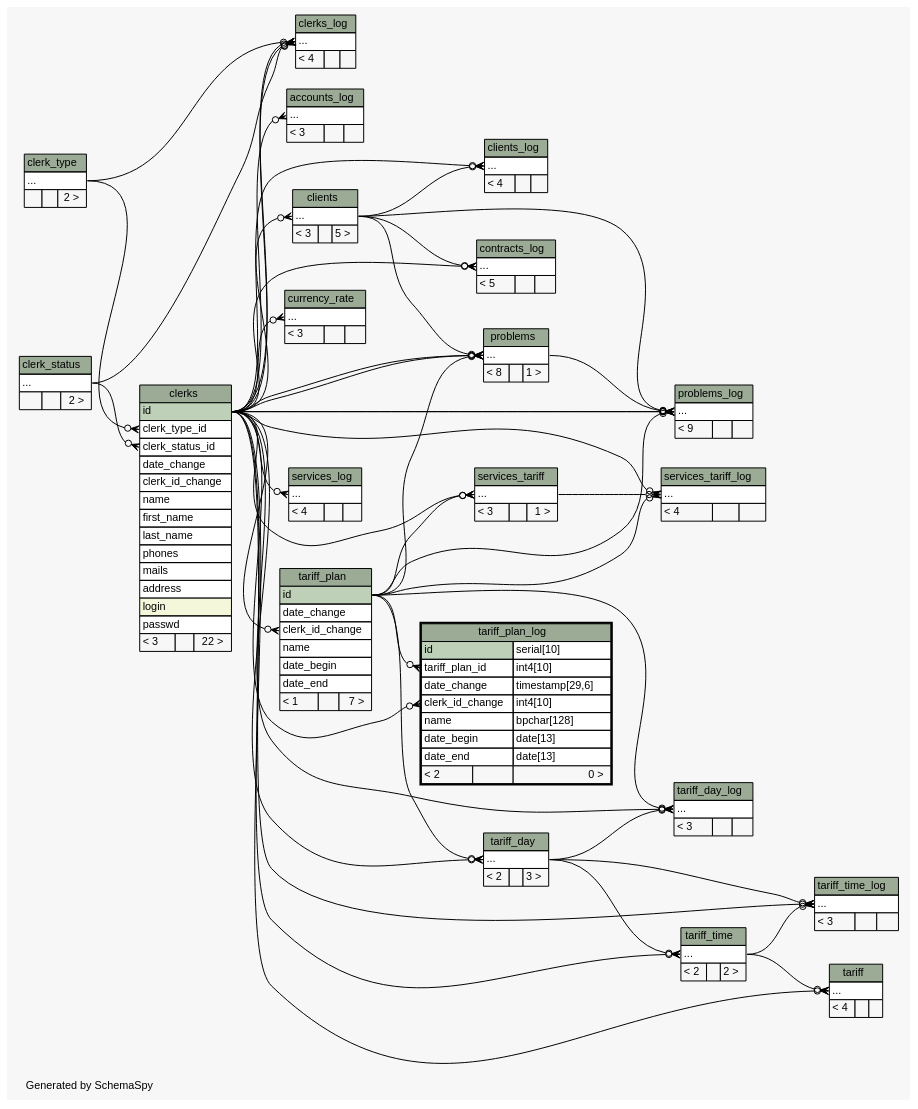
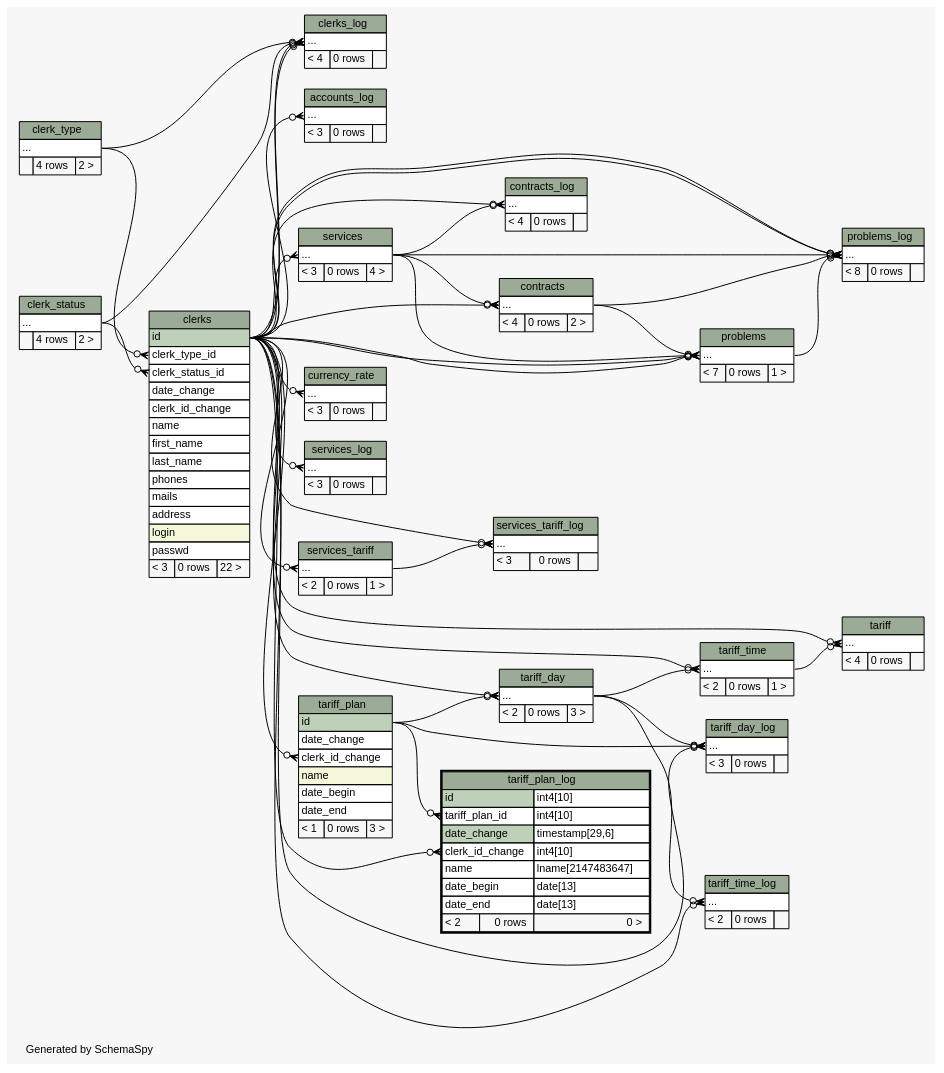
The diagram in db_schema/diagrams/tariff_plan_log.2degrees.dot (okharch/avox), drawn with Graphviz before and after one commit. The commit also changed 391 other files, not shown here.

```diff
--- a/db_schema/diagrams/tariff_plan_log.2degrees.dot
+++ b/db_schema/diagrams/tariff_plan_log.2degrees.dot
@@ -26,27 +26,25 @@
   "clerks_log":"elipses":w -> "clerks":"id":e [arrowhead=none dir=back arrowtail=crowodot];
   "clerks_log":"elipses":w -> "clerk_status":"elipses":e [arrowhead=none dir=back arrowtail=crowodot];
   "clerks_log":"elipses":w -> "clerk_type":"elipses":e [arrowhead=none dir=back arrowtail=crowodot];
-  "clients":"elipses":w -> "clerks":"id":e [arrowhead=none dir=back arrowtail=crowodot];
-  "clients_log":"elipses":w -> "clerks":"id":e [arrowhead=none dir=back arrowtail=crowodot];
-  "clients_log":"elipses":w -> "clients":"elipses":e [arrowhead=none dir=back arrowtail=crowodot];
+  "contracts":"elipses":w -> "clerks":"id":e [arrowhead=none dir=back arrowtail=crowodot];
+  "contracts":"elipses":w -> "services":"elipses":e [arrowhead=none dir=back arrowtail=crowodot];
   "contracts_log":"elipses":w -> "clerks":"id":e [arrowhead=none dir=back arrowtail=crowodot];
-  "contracts_log":"elipses":w -> "clients":"elipses":e [arrowhead=none dir=back arrowtail=crowodot];
+  "contracts_log":"elipses":w -> "services":"elipses":e [arrowhead=none dir=back arrowtail=crowodot];
   "currency_rate":"elipses":w -> "clerks":"id":e [arrowhead=none dir=back arrowtail=crowodot];
   "problems":"elipses":w -> "clerks":"id":e [arrowhead=none dir=back arrowtail=crowodot];
   "problems":"elipses":w -> "clerks":"id":e [arrowhead=none dir=back arrowtail=crowodot];
-  "problems":"elipses":w -> "clients":"elipses":e [arrowhead=none dir=back arrowtail=crowodot];
-  "problems":"elipses":w -> "tariff_plan":"id":e [arrowhead=none dir=back arrowtail=crowodot];
+  "problems":"elipses":w -> "contracts":"elipses":e [arrowhead=none dir=back arrowtail=crowodot];
+  "problems":"elipses":w -> "services":"elipses":e [arrowhead=none dir=back arrowtail=crowodot];
   "problems_log":"elipses":w -> "clerks":"id":e [arrowhead=none dir=back arrowtail=crowodot];
   "problems_log":"elipses":w -> "clerks":"id":e [arrowhead=none dir=back arrowtail=crowodot];
-  "problems_log":"elipses":w -> "clients":"elipses":e [arrowhead=none dir=back arrowtail=crowodot];
+  "problems_log":"elipses":w -> "contracts":"elipses":e [arrowhead=none dir=back arrowtail=crowodot];
   "problems_log":"elipses":w -> "problems":"elipses":e [arrowhead=none dir=back arrowtail=crowodot];
-  "problems_log":"elipses":w -> "tariff_plan":"id":e [arrowhead=none dir=back arrowtail=crowodot];
+  "problems_log":"elipses":w -> "services":"elipses":e [arrowhead=none dir=back arrowtail=crowodot];
+  "services":"elipses":w -> "clerks":"id":e [arrowhead=none dir=back arrowtail=crowodot];
   "services_log":"elipses":w -> "clerks":"id":e [arrowhead=none dir=back arrowtail=crowodot];
   "services_tariff":"elipses":w -> "clerks":"id":e [arrowhead=none dir=back arrowtail=crowodot];
-  "services_tariff":"elipses":w -> "tariff_plan":"id":e [arrowhead=none dir=back arrowtail=crowodot];
   "services_tariff_log":"elipses":w -> "clerks":"id":e [arrowhead=none dir=back arrowtail=crowodot];
   "services_tariff_log":"elipses":w -> "services_tariff":"elipses":e [arrowhead=none dir=back arrowtail=crowodot];
-  "services_tariff_log":"elipses":w -> "tariff_plan":"id":e [arrowhead=none dir=back arrowtail=crowodot];
   "tariff":"elipses":w -> "clerks":"id":e [arrowhead=none dir=back arrowtail=crowodot];
   "tariff":"elipses":w -> "tariff_time":"elipses":e [arrowhead=none dir=back arrowtail=crowodot];
   "tariff_day":"elipses":w -> "clerks":"id":e [arrowhead=none dir=back arrowtail=crowodot];
@@ -61,13 +59,12 @@
   "tariff_time":"elipses":w -> "tariff_day":"elipses":e [arrowhead=none dir=back arrowtail=crowodot];
   "tariff_time_log":"elipses":w -> "clerks":"id":e [arrowhead=none dir=back arrowtail=crowodot];
   "tariff_time_log":"elipses":w -> "tariff_day":"elipses":e [arrowhead=none dir=back arrowtail=crowodot];
-  "tariff_time_log":"elipses":w -> "tariff_time":"elipses":e [arrowhead=none dir=back arrowtail=crowodot];
   "accounts_log" [
     label=<
     <TABLE BORDER="0" CELLBORDER="1" CELLSPACING="0" BGCOLOR="#ffffff">
       <TR><TD COLSPAN="3" BGCOLOR="#9bab96" ALIGN="CENTER">accounts_log</TD></TR>
       <TR><TD PORT="elipses" COLSPAN="3" ALIGN="LEFT">...</TD></TR>
-      <TR><TD ALIGN="LEFT" BGCOLOR="#f7f7f7">&lt; 3</TD><TD ALIGN="RIGHT" BGCOLOR="#f7f7f7">  </TD><TD ALIGN="RIGHT" BGCOLOR="#f7f7f7">  </TD></TR>
+      <TR><TD ALIGN="LEFT" BGCOLOR="#f7f7f7">&lt; 3</TD><TD ALIGN="RIGHT" BGCOLOR="#f7f7f7">0 rows</TD><TD ALIGN="RIGHT" BGCOLOR="#f7f7f7">  </TD></TR>
     </TABLE>>
     URL="accounts_log.html"
     tooltip="accounts_log"
@@ -77,7 +74,7 @@
     <TABLE BORDER="0" CELLBORDER="1" CELLSPACING="0" BGCOLOR="#ffffff">
       <TR><TD COLSPAN="3" BGCOLOR="#9bab96" ALIGN="CENTER">clerk_status</TD></TR>
       <TR><TD PORT="elipses" COLSPAN="3" ALIGN="LEFT">...</TD></TR>
-      <TR><TD ALIGN="LEFT" BGCOLOR="#f7f7f7">  </TD><TD ALIGN="RIGHT" BGCOLOR="#f7f7f7">  </TD><TD ALIGN="RIGHT" BGCOLOR="#f7f7f7">2 &gt;</TD></TR>
+      <TR><TD ALIGN="LEFT" BGCOLOR="#f7f7f7">  </TD><TD ALIGN="RIGHT" BGCOLOR="#f7f7f7">4 rows</TD><TD ALIGN="RIGHT" BGCOLOR="#f7f7f7">2 &gt;</TD></TR>
     </TABLE>>
     URL="clerk_status.html"
     tooltip="clerk_status"
@@ -87,7 +84,7 @@
     <TABLE BORDER="0" CELLBORDER="1" CELLSPACING="0" BGCOLOR="#ffffff">
       <TR><TD COLSPAN="3" BGCOLOR="#9bab96" ALIGN="CENTER">clerk_type</TD></TR>
       <TR><TD PORT="elipses" COLSPAN="3" ALIGN="LEFT">...</TD></TR>
-      <TR><TD ALIGN="LEFT" BGCOLOR="#f7f7f7">  </TD><TD ALIGN="RIGHT" BGCOLOR="#f7f7f7">  </TD><TD ALIGN="RIGHT" BGCOLOR="#f7f7f7">2 &gt;</TD></TR>
+      <TR><TD ALIGN="LEFT" BGCOLOR="#f7f7f7">  </TD><TD ALIGN="RIGHT" BGCOLOR="#f7f7f7">4 rows</TD><TD ALIGN="RIGHT" BGCOLOR="#f7f7f7">2 &gt;</TD></TR>
     </TABLE>>
     URL="clerk_type.html"
     tooltip="clerk_type"
@@ -109,7 +106,7 @@
       <TR><TD PORT="address" COLSPAN="3" ALIGN="LEFT">address</TD></TR>
       <TR><TD PORT="login" COLSPAN="3" BGCOLOR="#f4f7da" ALIGN="LEFT">login</TD></TR>
       <TR><TD PORT="passwd" COLSPAN="3" ALIGN="LEFT">passwd</TD></TR>
-      <TR><TD ALIGN="LEFT" BGCOLOR="#f7f7f7">&lt; 3</TD><TD ALIGN="RIGHT" BGCOLOR="#f7f7f7">  </TD><TD ALIGN="RIGHT" BGCOLOR="#f7f7f7">22 &gt;</TD></TR>
+      <TR><TD ALIGN="LEFT" BGCOLOR="#f7f7f7">&lt; 3</TD><TD ALIGN="RIGHT" BGCOLOR="#f7f7f7">0 rows</TD><TD ALIGN="RIGHT" BGCOLOR="#f7f7f7">22 &gt;</TD></TR>
     </TABLE>>
     URL="clerks.html"
     tooltip="clerks"
@@ -119,37 +116,27 @@
     <TABLE BORDER="0" CELLBORDER="1" CELLSPACING="0" BGCOLOR="#ffffff">
       <TR><TD COLSPAN="3" BGCOLOR="#9bab96" ALIGN="CENTER">clerks_log</TD></TR>
       <TR><TD PORT="elipses" COLSPAN="3" ALIGN="LEFT">...</TD></TR>
-      <TR><TD ALIGN="LEFT" BGCOLOR="#f7f7f7">&lt; 4</TD><TD ALIGN="RIGHT" BGCOLOR="#f7f7f7">  </TD><TD ALIGN="RIGHT" BGCOLOR="#f7f7f7">  </TD></TR>
+      <TR><TD ALIGN="LEFT" BGCOLOR="#f7f7f7">&lt; 4</TD><TD ALIGN="RIGHT" BGCOLOR="#f7f7f7">0 rows</TD><TD ALIGN="RIGHT" BGCOLOR="#f7f7f7">  </TD></TR>
     </TABLE>>
     URL="clerks_log.html"
     tooltip="clerks_log"
   ];
-  "clients" [
+  "contracts" [
     label=<
     <TABLE BORDER="0" CELLBORDER="1" CELLSPACING="0" BGCOLOR="#ffffff">
-      <TR><TD COLSPAN="3" BGCOLOR="#9bab96" ALIGN="CENTER">clients</TD></TR>
+      <TR><TD COLSPAN="3" BGCOLOR="#9bab96" ALIGN="CENTER">contracts</TD></TR>
       <TR><TD PORT="elipses" COLSPAN="3" ALIGN="LEFT">...</TD></TR>
-      <TR><TD ALIGN="LEFT" BGCOLOR="#f7f7f7">&lt; 3</TD><TD ALIGN="RIGHT" BGCOLOR="#f7f7f7">  </TD><TD ALIGN="RIGHT" BGCOLOR="#f7f7f7">5 &gt;</TD></TR>
+      <TR><TD ALIGN="LEFT" BGCOLOR="#f7f7f7">&lt; 4</TD><TD ALIGN="RIGHT" BGCOLOR="#f7f7f7">0 rows</TD><TD ALIGN="RIGHT" BGCOLOR="#f7f7f7">2 &gt;</TD></TR>
     </TABLE>>
-    URL="clients.html"
-    tooltip="clients"
-  ];
-  "clients_log" [
-    label=<
-    <TABLE BORDER="0" CELLBORDER="1" CELLSPACING="0" BGCOLOR="#ffffff">
-      <TR><TD COLSPAN="3" BGCOLOR="#9bab96" ALIGN="CENTER">clients_log</TD></TR>
-      <TR><TD PORT="elipses" COLSPAN="3" ALIGN="LEFT">...</TD></TR>
-      <TR><TD ALIGN="LEFT" BGCOLOR="#f7f7f7">&lt; 4</TD><TD ALIGN="RIGHT" BGCOLOR="#f7f7f7">  </TD><TD ALIGN="RIGHT" BGCOLOR="#f7f7f7">  </TD></TR>
-    </TABLE>>
-    URL="clients_log.html"
-    tooltip="clients_log"
+    URL="contracts.html"
+    tooltip="contracts"
   ];
   "contracts_log" [
     label=<
     <TABLE BORDER="0" CELLBORDER="1" CELLSPACING="0" BGCOLOR="#ffffff">
       <TR><TD COLSPAN="3" BGCOLOR="#9bab96" ALIGN="CENTER">contracts_log</TD></TR>
       <TR><TD PORT="elipses" COLSPAN="3" ALIGN="LEFT">...</TD></TR>
-      <TR><TD ALIGN="LEFT" BGCOLOR="#f7f7f7">&lt; 5</TD><TD ALIGN="RIGHT" BGCOLOR="#f7f7f7">  </TD><TD ALIGN="RIGHT" BGCOLOR="#f7f7f7">  </TD></TR>
+      <TR><TD ALIGN="LEFT" BGCOLOR="#f7f7f7">&lt; 4</TD><TD ALIGN="RIGHT" BGCOLOR="#f7f7f7">0 rows</TD><TD ALIGN="RIGHT" BGCOLOR="#f7f7f7">  </TD></TR>
     </TABLE>>
     URL="contracts_log.html"
     tooltip="contracts_log"
@@ -159,7 +146,7 @@
     <TABLE BORDER="0" CELLBORDER="1" CELLSPACING="0" BGCOLOR="#ffffff">
       <TR><TD COLSPAN="3" BGCOLOR="#9bab96" ALIGN="CENTER">currency_rate</TD></TR>
       <TR><TD PORT="elipses" COLSPAN="3" ALIGN="LEFT">...</TD></TR>
-      <TR><TD ALIGN="LEFT" BGCOLOR="#f7f7f7">&lt; 3</TD><TD ALIGN="RIGHT" BGCOLOR="#f7f7f7">  </TD><TD ALIGN="RIGHT" BGCOLOR="#f7f7f7">  </TD></TR>
+      <TR><TD ALIGN="LEFT" BGCOLOR="#f7f7f7">&lt; 3</TD><TD ALIGN="RIGHT" BGCOLOR="#f7f7f7">0 rows</TD><TD ALIGN="RIGHT" BGCOLOR="#f7f7f7">  </TD></TR>
     </TABLE>>
     URL="currency_rate.html"
     tooltip="currency_rate"
@@ -169,7 +156,7 @@
     <TABLE BORDER="0" CELLBORDER="1" CELLSPACING="0" BGCOLOR="#ffffff">
       <TR><TD COLSPAN="3" BGCOLOR="#9bab96" ALIGN="CENTER">problems</TD></TR>
       <TR><TD PORT="elipses" COLSPAN="3" ALIGN="LEFT">...</TD></TR>
-      <TR><TD ALIGN="LEFT" BGCOLOR="#f7f7f7">&lt; 8</TD><TD ALIGN="RIGHT" BGCOLOR="#f7f7f7">  </TD><TD ALIGN="RIGHT" BGCOLOR="#f7f7f7">1 &gt;</TD></TR>
+      <TR><TD ALIGN="LEFT" BGCOLOR="#f7f7f7">&lt; 7</TD><TD ALIGN="RIGHT" BGCOLOR="#f7f7f7">0 rows</TD><TD ALIGN="RIGHT" BGCOLOR="#f7f7f7">1 &gt;</TD></TR>
     </TABLE>>
     URL="problems.html"
     tooltip="problems"
@@ -179,17 +166,27 @@
     <TABLE BORDER="0" CELLBORDER="1" CELLSPACING="0" BGCOLOR="#ffffff">
       <TR><TD COLSPAN="3" BGCOLOR="#9bab96" ALIGN="CENTER">problems_log</TD></TR>
       <TR><TD PORT="elipses" COLSPAN="3" ALIGN="LEFT">...</TD></TR>
-      <TR><TD ALIGN="LEFT" BGCOLOR="#f7f7f7">&lt; 9</TD><TD ALIGN="RIGHT" BGCOLOR="#f7f7f7">  </TD><TD ALIGN="RIGHT" BGCOLOR="#f7f7f7">  </TD></TR>
+      <TR><TD ALIGN="LEFT" BGCOLOR="#f7f7f7">&lt; 8</TD><TD ALIGN="RIGHT" BGCOLOR="#f7f7f7">0 rows</TD><TD ALIGN="RIGHT" BGCOLOR="#f7f7f7">  </TD></TR>
     </TABLE>>
     URL="problems_log.html"
     tooltip="problems_log"
+  ];
+  "services" [
+    label=<
+    <TABLE BORDER="0" CELLBORDER="1" CELLSPACING="0" BGCOLOR="#ffffff">
+      <TR><TD COLSPAN="3" BGCOLOR="#9bab96" ALIGN="CENTER">services</TD></TR>
+      <TR><TD PORT="elipses" COLSPAN="3" ALIGN="LEFT">...</TD></TR>
+      <TR><TD ALIGN="LEFT" BGCOLOR="#f7f7f7">&lt; 3</TD><TD ALIGN="RIGHT" BGCOLOR="#f7f7f7">0 rows</TD><TD ALIGN="RIGHT" BGCOLOR="#f7f7f7">4 &gt;</TD></TR>
+    </TABLE>>
+    URL="services.html"
+    tooltip="services"
   ];
   "services_log" [
     label=<
     <TABLE BORDER="0" CELLBORDER="1" CELLSPACING="0" BGCOLOR="#ffffff">
       <TR><TD COLSPAN="3" BGCOLOR="#9bab96" ALIGN="CENTER">services_log</TD></TR>
       <TR><TD PORT="elipses" COLSPAN="3" ALIGN="LEFT">...</TD></TR>
-      <TR><TD ALIGN="LEFT" BGCOLOR="#f7f7f7">&lt; 4</TD><TD ALIGN="RIGHT" BGCOLOR="#f7f7f7">  </TD><TD ALIGN="RIGHT" BGCOLOR="#f7f7f7">  </TD></TR>
+      <TR><TD ALIGN="LEFT" BGCOLOR="#f7f7f7">&lt; 3</TD><TD ALIGN="RIGHT" BGCOLOR="#f7f7f7">0 rows</TD><TD ALIGN="RIGHT" BGCOLOR="#f7f7f7">  </TD></TR>
     </TABLE>>
     URL="services_log.html"
     tooltip="services_log"
@@ -199,7 +196,7 @@
     <TABLE BORDER="0" CELLBORDER="1" CELLSPACING="0" BGCOLOR="#ffffff">
       <TR><TD COLSPAN="3" BGCOLOR="#9bab96" ALIGN="CENTER">services_tariff</TD></TR>
       <TR><TD PORT="elipses" COLSPAN="3" ALIGN="LEFT">...</TD></TR>
-      <TR><TD ALIGN="LEFT" BGCOLOR="#f7f7f7">&lt; 3</TD><TD ALIGN="RIGHT" BGCOLOR="#f7f7f7">  </TD><TD ALIGN="RIGHT" BGCOLOR="#f7f7f7">1 &gt;</TD></TR>
+      <TR><TD ALIGN="LEFT" BGCOLOR="#f7f7f7">&lt; 2</TD><TD ALIGN="RIGHT" BGCOLOR="#f7f7f7">0 rows</TD><TD ALIGN="RIGHT" BGCOLOR="#f7f7f7">1 &gt;</TD></TR>
     </TABLE>>
     URL="services_tariff.html"
     tooltip="services_tariff"
@@ -209,7 +206,7 @@
     <TABLE BORDER="0" CELLBORDER="1" CELLSPACING="0" BGCOLOR="#ffffff">
       <TR><TD COLSPAN="3" BGCOLOR="#9bab96" ALIGN="CENTER">services_tariff_log</TD></TR>
       <TR><TD PORT="elipses" COLSPAN="3" ALIGN="LEFT">...</TD></TR>
-      <TR><TD ALIGN="LEFT" BGCOLOR="#f7f7f7">&lt; 4</TD><TD ALIGN="RIGHT" BGCOLOR="#f7f7f7">  </TD><TD ALIGN="RIGHT" BGCOLOR="#f7f7f7">  </TD></TR>
+      <TR><TD ALIGN="LEFT" BGCOLOR="#f7f7f7">&lt; 3</TD><TD ALIGN="RIGHT" BGCOLOR="#f7f7f7">0 rows</TD><TD ALIGN="RIGHT" BGCOLOR="#f7f7f7">  </TD></TR>
     </TABLE>>
     URL="services_tariff_log.html"
     tooltip="services_tariff_log"
@@ -219,7 +216,7 @@
     <TABLE BORDER="0" CELLBORDER="1" CELLSPACING="0" BGCOLOR="#ffffff">
       <TR><TD COLSPAN="3" BGCOLOR="#9bab96" ALIGN="CENTER">tariff</TD></TR>
       <TR><TD PORT="elipses" COLSPAN="3" ALIGN="LEFT">...</TD></TR>
-      <TR><TD ALIGN="LEFT" BGCOLOR="#f7f7f7">&lt; 4</TD><TD ALIGN="RIGHT" BGCOLOR="#f7f7f7">  </TD><TD ALIGN="RIGHT" BGCOLOR="#f7f7f7">  </TD></TR>
+      <TR><TD ALIGN="LEFT" BGCOLOR="#f7f7f7">&lt; 4</TD><TD ALIGN="RIGHT" BGCOLOR="#f7f7f7">0 rows</TD><TD ALIGN="RIGHT" BGCOLOR="#f7f7f7">  </TD></TR>
     </TABLE>>
     URL="tariff.html"
     tooltip="tariff"
@@ -229,7 +226,7 @@
     <TABLE BORDER="0" CELLBORDER="1" CELLSPACING="0" BGCOLOR="#ffffff">
       <TR><TD COLSPAN="3" BGCOLOR="#9bab96" ALIGN="CENTER">tariff_day</TD></TR>
       <TR><TD PORT="elipses" COLSPAN="3" ALIGN="LEFT">...</TD></TR>
-      <TR><TD ALIGN="LEFT" BGCOLOR="#f7f7f7">&lt; 2</TD><TD ALIGN="RIGHT" BGCOLOR="#f7f7f7">  </TD><TD ALIGN="RIGHT" BGCOLOR="#f7f7f7">3 &gt;</TD></TR>
+      <TR><TD ALIGN="LEFT" BGCOLOR="#f7f7f7">&lt; 2</TD><TD ALIGN="RIGHT" BGCOLOR="#f7f7f7">0 rows</TD><TD ALIGN="RIGHT" BGCOLOR="#f7f7f7">3 &gt;</TD></TR>
     </TABLE>>
     URL="tariff_day.html"
     tooltip="tariff_day"
@@ -239,7 +236,7 @@
     <TABLE BORDER="0" CELLBORDER="1" CELLSPACING="0" BGCOLOR="#ffffff">
       <TR><TD COLSPAN="3" BGCOLOR="#9bab96" ALIGN="CENTER">tariff_day_log</TD></TR>
       <TR><TD PORT="elipses" COLSPAN="3" ALIGN="LEFT">...</TD></TR>
-      <TR><TD ALIGN="LEFT" BGCOLOR="#f7f7f7">&lt; 3</TD><TD ALIGN="RIGHT" BGCOLOR="#f7f7f7">  </TD><TD ALIGN="RIGHT" BGCOLOR="#f7f7f7">  </TD></TR>
+      <TR><TD ALIGN="LEFT" BGCOLOR="#f7f7f7">&lt; 3</TD><TD ALIGN="RIGHT" BGCOLOR="#f7f7f7">0 rows</TD><TD ALIGN="RIGHT" BGCOLOR="#f7f7f7">  </TD></TR>
     </TABLE>>
     URL="tariff_day_log.html"
     tooltip="tariff_day_log"
@@ -251,10 +248,10 @@
       <TR><TD PORT="id" COLSPAN="3" BGCOLOR="#bed1b8" ALIGN="LEFT">id</TD></TR>
       <TR><TD PORT="date_change" COLSPAN="3" ALIGN="LEFT">date_change</TD></TR>
       <TR><TD PORT="clerk_id_change" COLSPAN="3" ALIGN="LEFT">clerk_id_change</TD></TR>
-      <TR><TD PORT="name" COLSPAN="3" ALIGN="LEFT">name</TD></TR>
+      <TR><TD PORT="name" COLSPAN="3" BGCOLOR="#f4f7da" ALIGN="LEFT">name</TD></TR>
       <TR><TD PORT="date_begin" COLSPAN="3" ALIGN="LEFT">date_begin</TD></TR>
       <TR><TD PORT="date_end" COLSPAN="3" ALIGN="LEFT">date_end</TD></TR>
-      <TR><TD ALIGN="LEFT" BGCOLOR="#f7f7f7">&lt; 1</TD><TD ALIGN="RIGHT" BGCOLOR="#f7f7f7">  </TD><TD ALIGN="RIGHT" BGCOLOR="#f7f7f7">7 &gt;</TD></TR>
+      <TR><TD ALIGN="LEFT" BGCOLOR="#f7f7f7">&lt; 1</TD><TD ALIGN="RIGHT" BGCOLOR="#f7f7f7">0 rows</TD><TD ALIGN="RIGHT" BGCOLOR="#f7f7f7">3 &gt;</TD></TR>
     </TABLE>>
     URL="tariff_plan.html"
     tooltip="tariff_plan"
@@ -263,14 +260,14 @@
     label=<
     <TABLE BORDER="2" CELLBORDER="1" CELLSPACING="0" BGCOLOR="#ffffff">
       <TR><TD COLSPAN="3" BGCOLOR="#9bab96" ALIGN="CENTER">tariff_plan_log</TD></TR>
-      <TR><TD PORT="id" COLSPAN="2" BGCOLOR="#bed1b8" ALIGN="LEFT">id</TD><TD PORT="id.type" ALIGN="LEFT">serial[10]</TD></TR>
+      <TR><TD PORT="id" COLSPAN="2" BGCOLOR="#bed1b8" ALIGN="LEFT">id</TD><TD PORT="id.type" ALIGN="LEFT">int4[10]</TD></TR>
       <TR><TD PORT="tariff_plan_id" COLSPAN="2" ALIGN="LEFT">tariff_plan_id</TD><TD PORT="tariff_plan_id.type" ALIGN="LEFT">int4[10]</TD></TR>
-      <TR><TD PORT="date_change" COLSPAN="2" ALIGN="LEFT">date_change</TD><TD PORT="date_change.type" ALIGN="LEFT">timestamp[29,6]</TD></TR>
+      <TR><TD PORT="date_change" COLSPAN="2" BGCOLOR="#bed1b8" ALIGN="LEFT">date_change</TD><TD PORT="date_change.type" ALIGN="LEFT">timestamp[29,6]</TD></TR>
       <TR><TD PORT="clerk_id_change" COLSPAN="2" ALIGN="LEFT">clerk_id_change</TD><TD PORT="clerk_id_change.type" ALIGN="LEFT">int4[10]</TD></TR>
-      <TR><TD PORT="name" COLSPAN="2" ALIGN="LEFT">name</TD><TD PORT="name.type" ALIGN="LEFT">bpchar[128]</TD></TR>
+      <TR><TD PORT="name" COLSPAN="2" ALIGN="LEFT">name</TD><TD PORT="name.type" ALIGN="LEFT">lname[2147483647]</TD></TR>
       <TR><TD PORT="date_begin" COLSPAN="2" ALIGN="LEFT">date_begin</TD><TD PORT="date_begin.type" ALIGN="LEFT">date[13]</TD></TR>
       <TR><TD PORT="date_end" COLSPAN="2" ALIGN="LEFT">date_end</TD><TD PORT="date_end.type" ALIGN="LEFT">date[13]</TD></TR>
-      <TR><TD ALIGN="LEFT" BGCOLOR="#f7f7f7">&lt; 2</TD><TD ALIGN="RIGHT" BGCOLOR="#f7f7f7">  </TD><TD ALIGN="RIGHT" BGCOLOR="#f7f7f7">0 &gt;</TD></TR>
+      <TR><TD ALIGN="LEFT" BGCOLOR="#f7f7f7">&lt; 2</TD><TD ALIGN="RIGHT" BGCOLOR="#f7f7f7">0 rows</TD><TD ALIGN="RIGHT" BGCOLOR="#f7f7f7">0 &gt;</TD></TR>
     </TABLE>>
     URL="tariff_plan_log.html"
     tooltip="tariff_plan_log"
@@ -280,7 +277,7 @@
     <TABLE BORDER="0" CELLBORDER="1" CELLSPACING="0" BGCOLOR="#ffffff">
       <TR><TD COLSPAN="3" BGCOLOR="#9bab96" ALIGN="CENTER">tariff_time</TD></TR>
       <TR><TD PORT="elipses" COLSPAN="3" ALIGN="LEFT">...</TD></TR>
-      <TR><TD ALIGN="LEFT" BGCOLOR="#f7f7f7">&lt; 2</TD><TD ALIGN="RIGHT" BGCOLOR="#f7f7f7">  </TD><TD ALIGN="RIGHT" BGCOLOR="#f7f7f7">2 &gt;</TD></TR>
+      <TR><TD ALIGN="LEFT" BGCOLOR="#f7f7f7">&lt; 2</TD><TD ALIGN="RIGHT" BGCOLOR="#f7f7f7">0 rows</TD><TD ALIGN="RIGHT" BGCOLOR="#f7f7f7">1 &gt;</TD></TR>
     </TABLE>>
     URL="tariff_time.html"
     tooltip="tariff_time"
@@ -290,7 +287,7 @@
     <TABLE BORDER="0" CELLBORDER="1" CELLSPACING="0" BGCOLOR="#ffffff">
       <TR><TD COLSPAN="3" BGCOLOR="#9bab96" ALIGN="CENTER">tariff_time_log</TD></TR>
       <TR><TD PORT="elipses" COLSPAN="3" ALIGN="LEFT">...</TD></TR>
-      <TR><TD ALIGN="LEFT" BGCOLOR="#f7f7f7">&lt; 3</TD><TD ALIGN="RIGHT" BGCOLOR="#f7f7f7">  </TD><TD ALIGN="RIGHT" BGCOLOR="#f7f7f7">  </TD></TR>
+      <TR><TD ALIGN="LEFT" BGCOLOR="#f7f7f7">&lt; 2</TD><TD ALIGN="RIGHT" BGCOLOR="#f7f7f7">0 rows</TD><TD ALIGN="RIGHT" BGCOLOR="#f7f7f7">  </TD></TR>
     </TABLE>>
     URL="tariff_time_log.html"
     tooltip="tariff_time_log"
```
